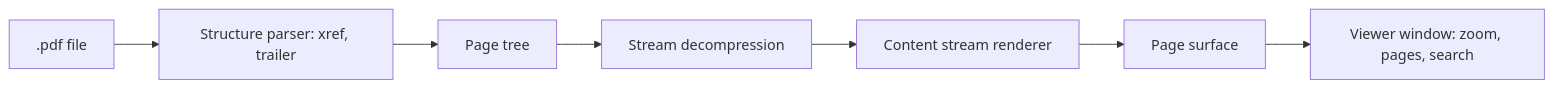
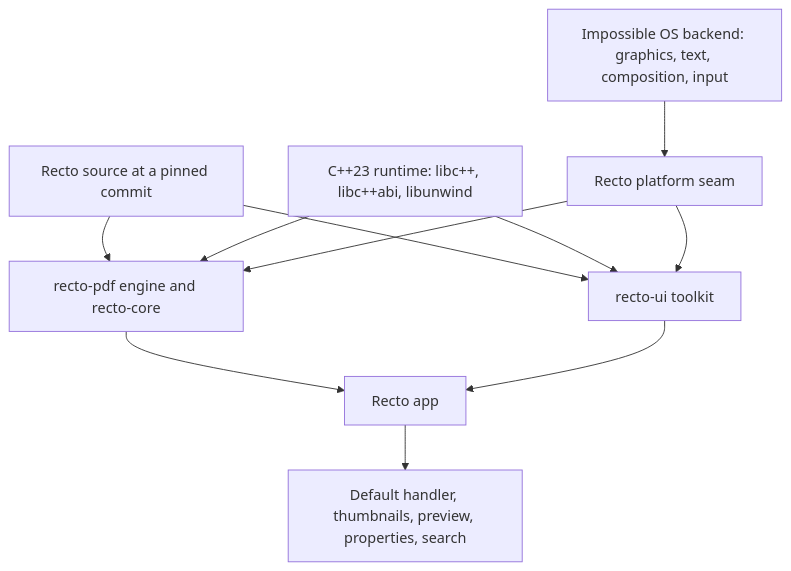
One commit to rizonesoft/impossible-os changed the diagram in docs/apps/pdf-viewer.md. Above: the diagram before and after it, drawn with Mermaid. The commit also changed other lines of this file and 266 other files, not shown here.

````diff
--- a/docs/apps/pdf-viewer.md
+++ b/docs/apps/pdf-viewer.md
@@ -19,9 +14,13 @@
 ```mermaid
-flowchart LR
-    F[.pdf file] --> P[Structure parser: xref, trailer]
-    P --> T[Page tree]
-    T --> D[Stream decompression]
-    D --> R[Content stream renderer]
-    R --> S[Page surface]
-    S --> UI[Viewer window: zoom, pages, search]
+flowchart TD
+    Src[Recto source at a pinned commit] --> Engine[recto-pdf engine and recto-core]
+    Src --> Toolkit[recto-ui toolkit]
+    Runtime[C++23 runtime: libc++, libc++abi, libunwind] --> Engine
+    Runtime --> Toolkit
+    Seam[Recto platform seam] --> Engine
+    Seam --> Toolkit
+    Backend[Impossible OS backend: graphics, text, composition, input] --> Seam
+    Engine --> App[Recto app]
+    Toolkit --> App
+    App --> Shell[Default handler, thumbnails, preview, properties, search]
 ```
````
